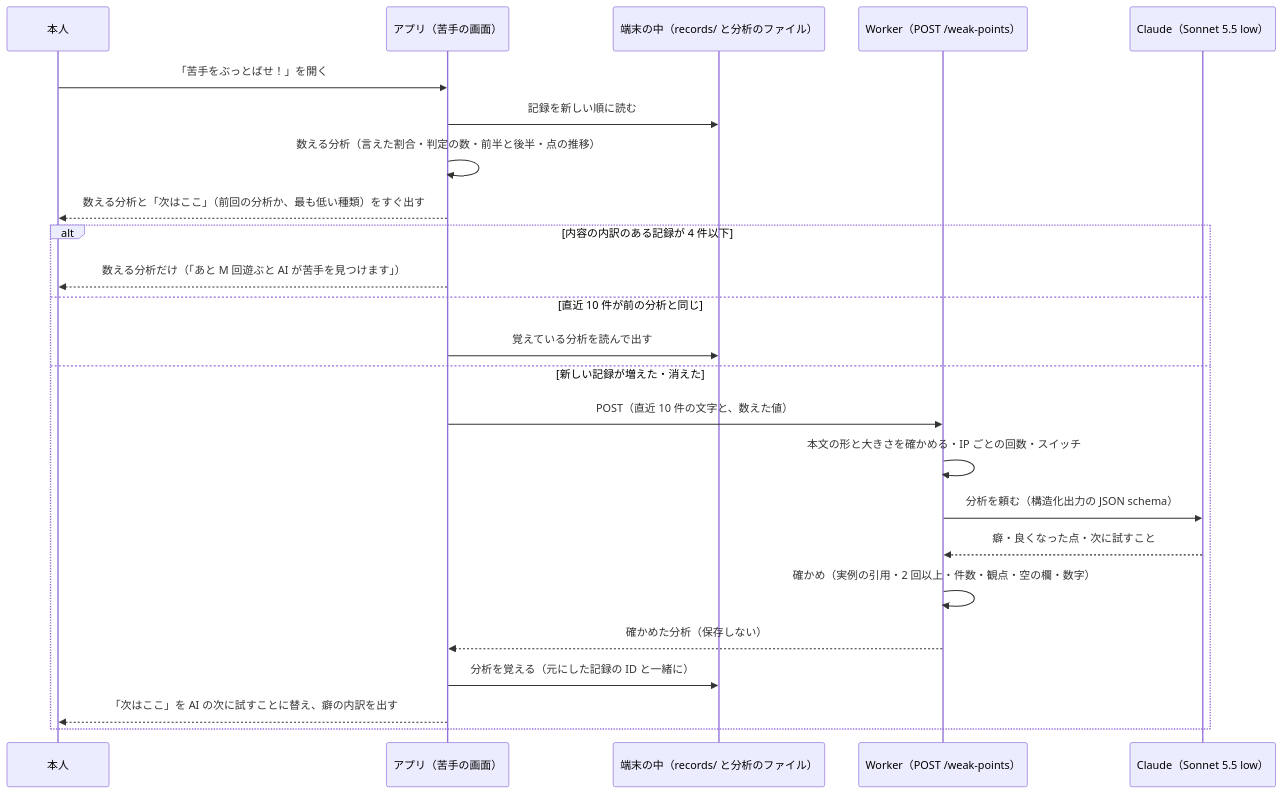
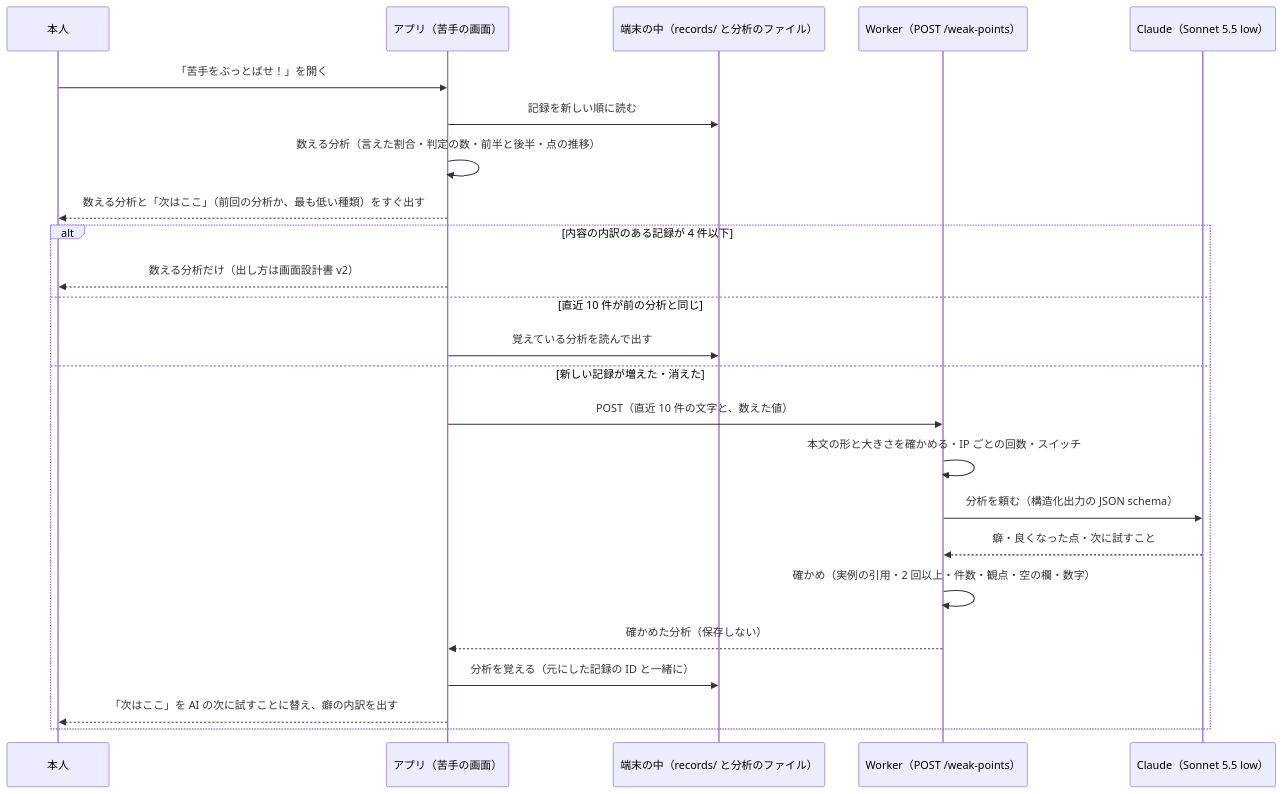
One commit to jphacks/ng_2622 changed the diagram in docs/design/weak-point-analysis.md. Above: the diagram before and after it, drawn with Mermaid. The commit also changed other lines of this file, not shown here.

````diff
--- a/docs/design/weak-point-analysis.md
+++ b/docs/design/weak-point-analysis.md
@@ -85,26 +107,26 @@
 ```mermaid
 sequenceDiagram
   participant U as 本人
   participant A as アプリ（苦手の画面）
   participant S as 端末の中（records/ と分析のファイル）
   participant W as Worker（POST /weak-points）
   participant C as Claude（Sonnet 5.5 low）
   U->>A: 「苦手をぶっとばせ！」を開く
   A->>S: 記録を新しい順に読む
   A->>A: 数える分析（言えた割合・判定の数・前半と後半・点の推移）
   A-->>U: 数える分析と「次はここ」（前回の分析か、最も低い種類）をすぐ出す
   alt 内容の内訳のある記録が 4 件以下
-    A-->>U: 数える分析だけ（「あと M 回遊ぶと AI が苦手を見つけます」）
+    A-->>U: 数える分析だけ（出し方は画面設計書 v2）
   else 直近 10 件が前の分析と同じ
     A->>S: 覚えている分析を読んで出す
   else 新しい記録が増えた・消えた
     A->>W: POST（直近 10 件の文字と、数えた値）
     W->>W: 本文の形と大きさを確かめる・IP ごとの回数・スイッチ
     W->>C: 分析を頼む（構造化出力の JSON schema）
     C-->>W: 癖・良くなった点・次に試すこと
     W->>W: 確かめ（実例の引用・2 回以上・件数・観点・空の欄・数字）
     W-->>A: 確かめた分析（保存しない）
     A->>S: 分析を覚える（元にした記録の ID と一緒に）
     A-->>U: 「次はここ」を AI の次に試すことに替え、癖の内訳を出す
   end
 ```
````
